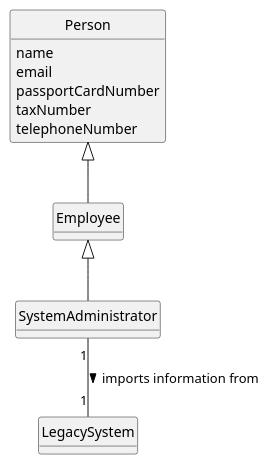
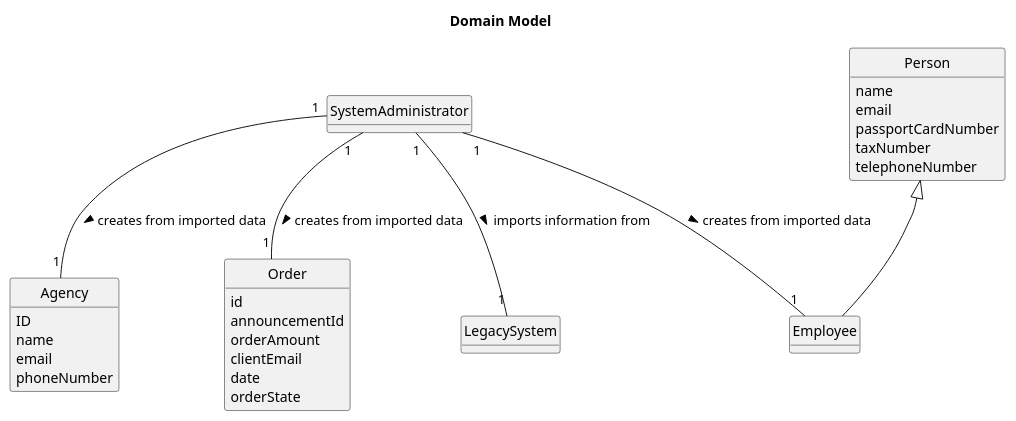
Before and after one commit to Goncalves2525/real-estate-management-system: the diagram in docs/sprintC/us012/02.analysis/puml/us012-domain-model.puml, drawn with PlantUML. The commit also changed 9 other files, not shown here.

```diff
--- a/docs/sprintC/us012/02.analysis/puml/us012-domain-model.puml
+++ b/docs/sprintC/us012/02.analysis/puml/us012-domain-model.puml
@@ -1,38 +1,53 @@
 @startuml
 skinparam monochrome true
 skinparam packageStyle rectangle
 skinparam shadowing false
 
 'left to right direction
 
 skinparam classAttributeIconSize 0
 
 hide circle
 hide methods
 
-'title Domain Model
+title Domain Model
 
-'class Platform {
-'  -description
-'}
+class Agency{
+ID
+name
+email
+phoneNumber
+}
+
+class Order{
+    id
+    announcementId
+    orderAmount
+    clientEmail
+    date
+    orderState
+}
 
 class LegacySystem{
 }
 
-class SystemAdministrator extends Employee{
+class SystemAdministrator{
 }
 
 class Employee extends Person{
 }
 
 class Person{
         name
         email
         passportCardNumber
         taxNumber
         telephoneNumber
 }
 
 SystemAdministrator "1" -- "1" LegacySystem : imports information from >
+SystemAdministrator "1" -- "1" Employee : creates from imported data >
+SystemAdministrator "1" -- "1" Agency : creates from imported data >
+SystemAdministrator "1" -- "1" Order : creates from imported data >
 
 @enduml
```
